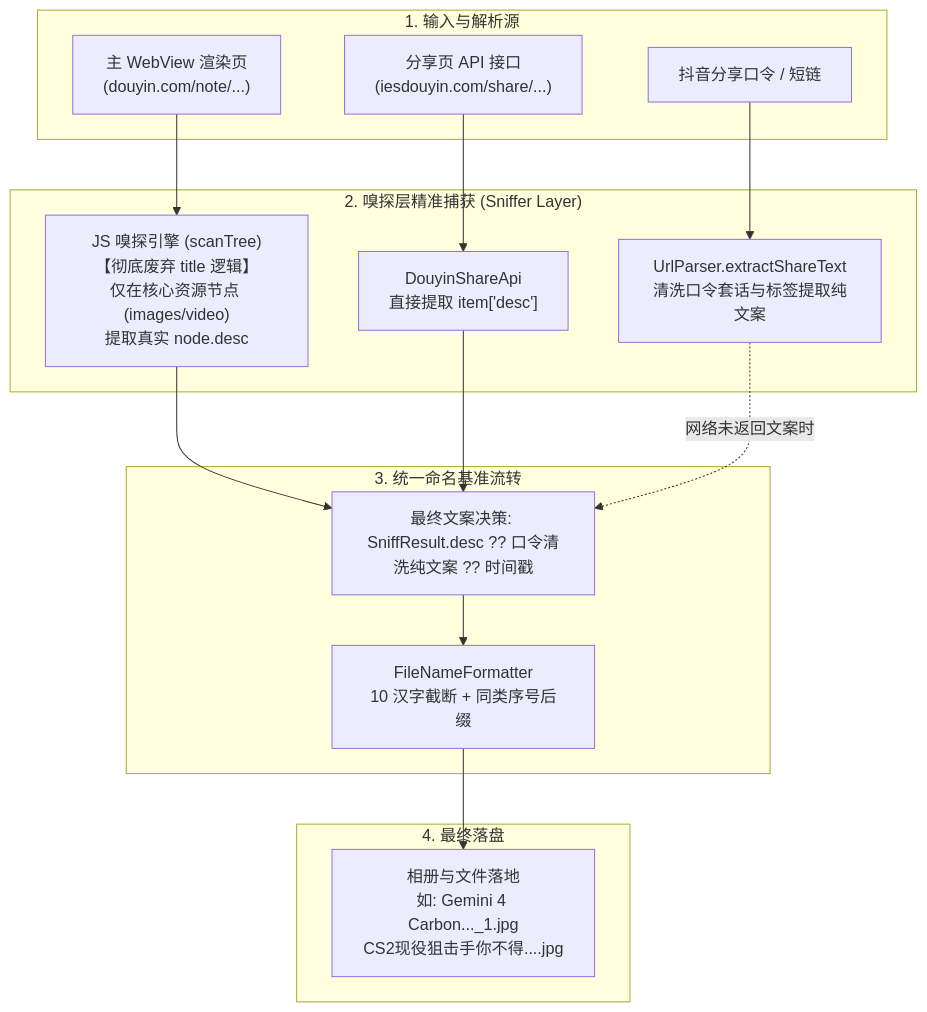
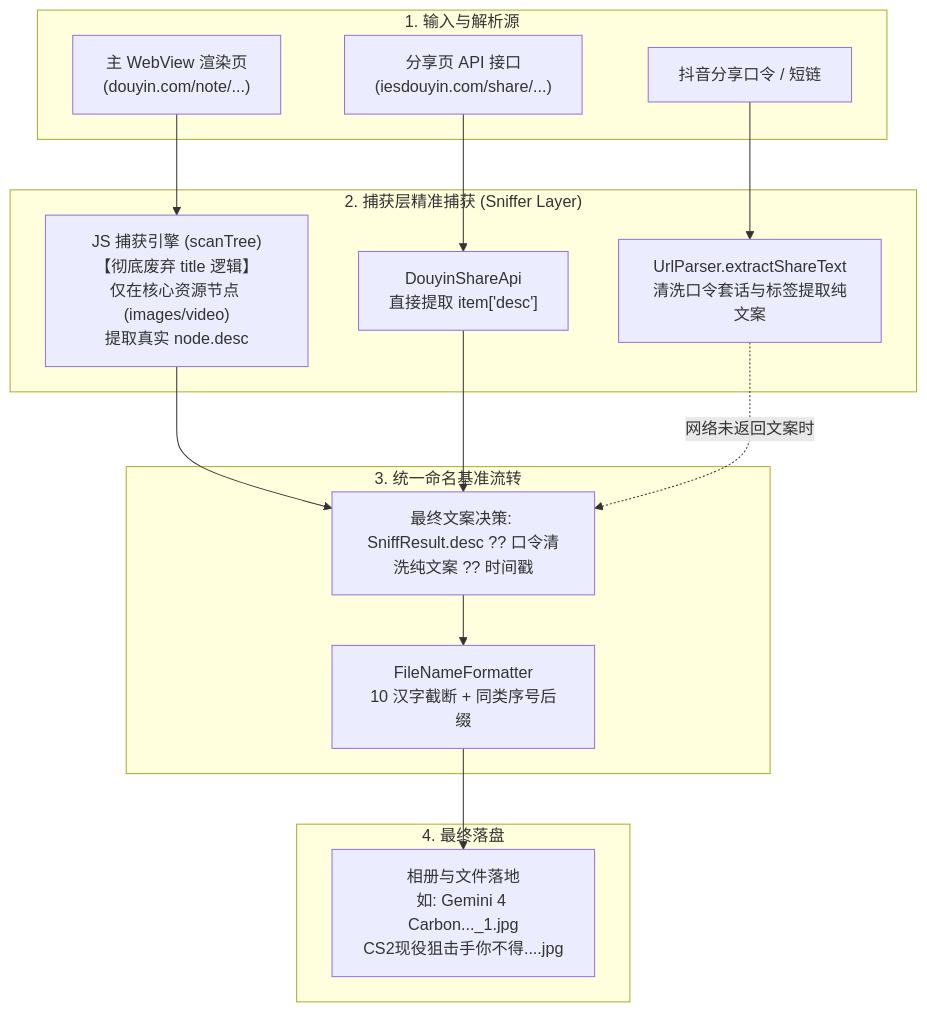
One commit to LinXruan/YuYin changed the diagram in PLAN/PLAN_21~30/PLAN_30.md. Above: the diagram before and after it, drawn with Mermaid. The commit also changed other lines of this file and 39 other files, not shown here.

````diff
--- a/PLAN/PLAN_21~30/PLAN_30.md
+++ b/PLAN/PLAN_21~30/PLAN_30.md
@@ -29,34 +29,34 @@
 ```mermaid
 flowchart TD
     subgraph Input["1. 输入与解析源"]
         RawCommand["抖音分享口令 / 短链"]
         PCWeb["主 WebView 渲染页<br/>(douyin.com/note/...)"]
         ShareAPI["分享页 API 接口<br/>(iesdouyin.com/share/...)"]
     end
 
-    subgraph Sniffer["2. 嗅探层精准捕获 (Sniffer Layer)"]
-        JSSniffer["JS 嗅探引擎 (scanTree)<br/>【彻底废弃 title 逻辑】<br/>仅在核心资源节点 (images/video)<br/>提取真实 node.desc"]
+    subgraph Sniffer["2. 捕获层精准捕获 (Sniffer Layer)"]
+        JSSniffer["JS 捕获引擎 (scanTree)<br/>【彻底废弃 title 逻辑】<br/>仅在核心资源节点 (images/video)<br/>提取真实 node.desc"]
         APISniffer["DouyinShareApi<br/>直接提取 item['desc']"]
         CmdFallback["UrlParser.extractShareText<br/>清洗口令套话与标签提取纯文案"]
     end
 
     subgraph Normalization["3. 统一命名基准流转"]
         CandidateDesc["最终文案决策: <br/>SniffResult.desc ?? 口令清洗纯文案 ?? 时间戳"]
         Formatter["FileNameFormatter<br/>10 汉字截断 + 同类序号后缀"]
     end
 
     subgraph Storage["4. 最终落盘"]
         FinalFiles["相册与文件落地<br/>如: Gemini 4 Carbon..._1.jpg<br/>CS2现役狙击手你不得....jpg"]
     end
 
     RawCommand --> CmdFallback
     PCWeb --> JSSniffer
     ShareAPI --> APISniffer
 
     JSSniffer --> CandidateDesc
     APISniffer --> CandidateDesc
     CmdFallback -.->|网络未返回文案时| CandidateDesc
 
     CandidateDesc --> Formatter
     Formatter --> FinalFiles
 ```
````
